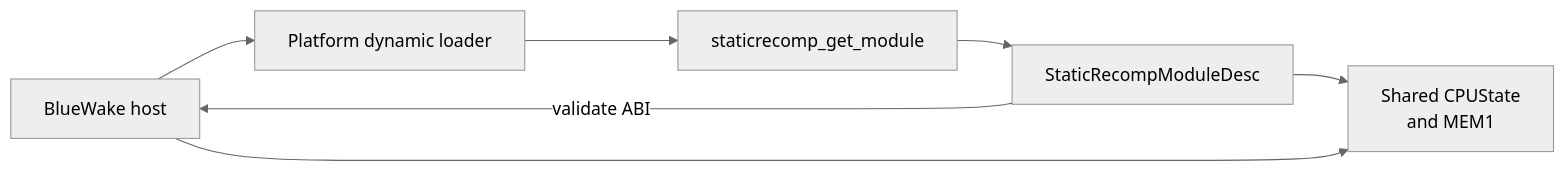
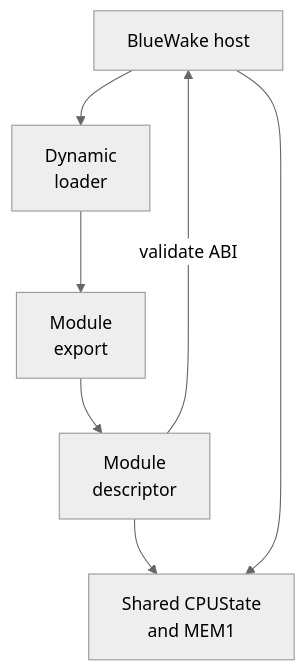
The first of 2 diagrams in docs/architecture/runtime/GameModule.md (Aelbannan/boat_of_daphnes), drawn with Mermaid (neutral theme) before and after one commit. The commit also changed other lines of this file and 6 other files, not shown here.

Commit message:
docs: prevent runtime diagram truncation

````diff
--- a/docs/architecture/runtime/GameModule.md
+++ b/docs/architecture/runtime/GameModule.md
@@ -29,13 +29,13 @@
 ```mermaid
-flowchart LR
+flowchart TD
     Host["BlueWake host"]
-    Loader["Platform dynamic loader"]
-    Export["staticrecomp_get_module"]
-    Descriptor["StaticRecompModuleDesc"]
+    Loader["Dynamic<br/>loader"]
+    Export["Module<br/>export"]
+    Descriptor["Module<br/>descriptor"]
     State["Shared CPUState<br/>and MEM1"]
 
     Host --> Loader --> Export --> Descriptor
     Descriptor -->|"validate ABI"| Host
     Descriptor --> State
     Host --> State
 ```
````
